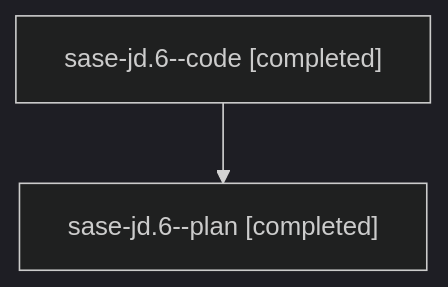
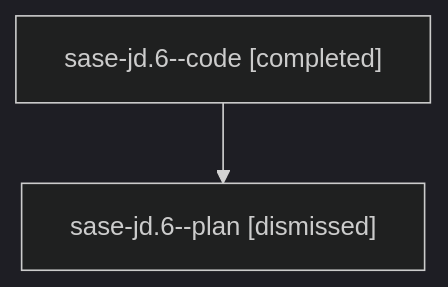
One commit to sase-org/sase--agents changed the diagram in families/bbugyi200.athena.sase-jd.6.md. Above: the diagram before and after it, drawn with Mermaid (dark theme). The commit also changed other lines of this file and 1973 other files, not shown here.

````diff
--- a/families/bbugyi200.athena.sase-jd.6.md
+++ b/families/bbugyi200.athena.sase-jd.6.md
@@ -9,6 +9,6 @@
 ```mermaid
 flowchart TD
   n0["sase-jd.6--code [completed]"]
-  n1["sase-jd.6--plan [completed]"]
+  n1["sase-jd.6--plan [dismissed]"]
   n0 --> n1
 ```
````
